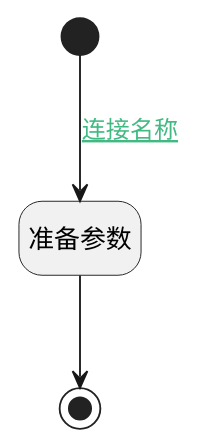
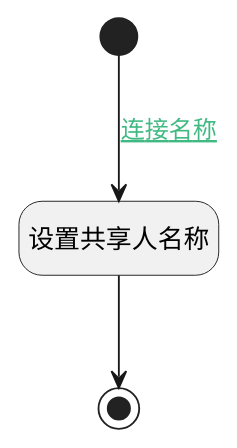
One commit to iBizLab/plm changed the diagram in doc/docsify/module/Wiki/article_page/logic/sync_name.md. Above: the diagram before and after it, drawn with PlantUML. The commit also changed other lines of this file and 1778 other files, not shown here.

````diff
--- a/doc/docsify/module/Wiki/article_page/logic/sync_name.md
+++ b/doc/docsify/module/Wiki/article_page/logic/sync_name.md
@@ -7,21 +7,21 @@
 ```plantuml
 @startuml
 hide empty description
 <style>
 root {
   HyperlinkColor #42b983
 }
 </style>
 
 hide empty description
 state "开始" as Begin <<start>> [[$./sync_name#begin {"开始"}]]
 state "结束" as END1 <<end>> [[$./sync_name#end1 {"结束"}]]
-state "准备参数" as PREPAREPARAM1  [[$./sync_name#prepareparam1 {"准备参数"}]]
+state "设置共享人名称" as PREPAREPARAM1  [[$./sync_name#prepareparam1 {"设置共享人名称"}]]
 
 
 Begin --> PREPAREPARAM1 : [[$./sync_name#begin-prepareparam1{连接名称} 连接名称]]
 PREPAREPARAM1 --> END1
 
 
 @enduml
 ```
````
